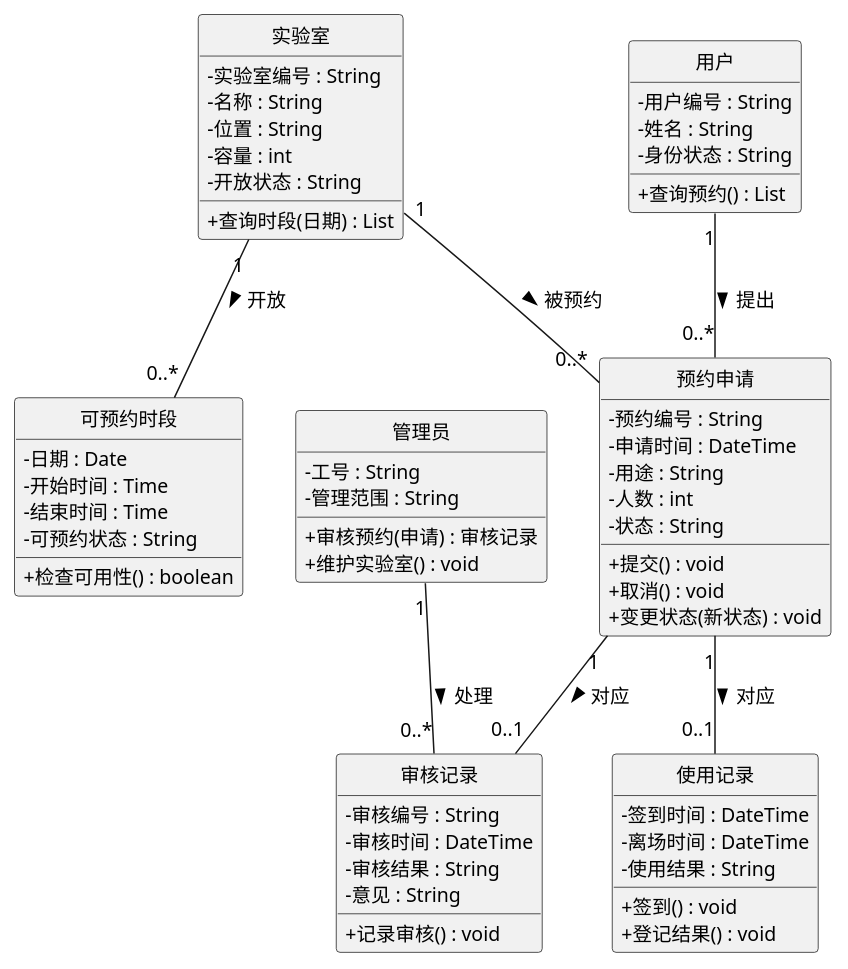
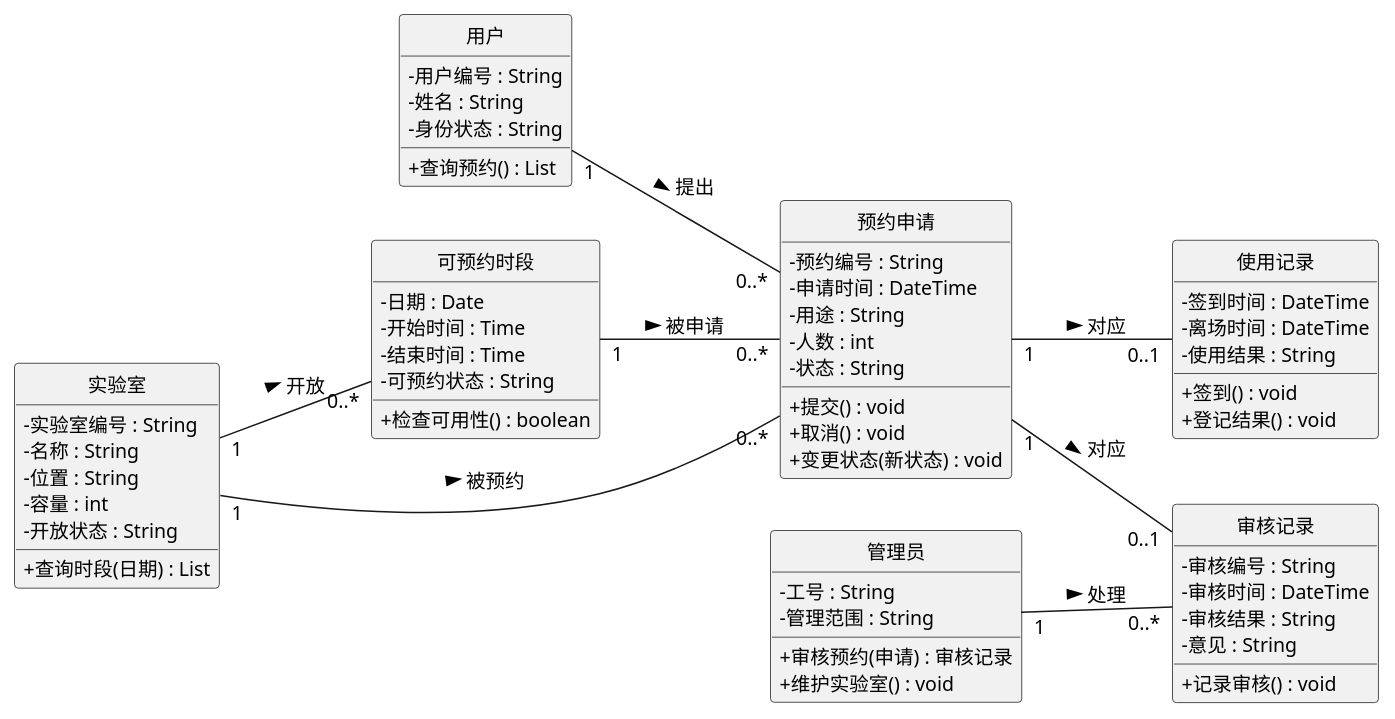
The diagram in diagrams/02_预约业务分析类图.puml (bhadaljf/32406300118), drawn with PlantUML before and after one commit. The commit also changed 6 other files, not shown here.

```diff
--- a/diagrams/02_预约业务分析类图.puml
+++ b/diagrams/02_预约业务分析类图.puml
@@ -1,73 +1,75 @@
 @startuml
 skinparam monochrome true
 skinparam shadowing false
 skinparam defaultFontName "Microsoft YaHei"
 skinparam defaultFontSize 13
 skinparam classAttributeIconSize 0
+left to right direction
 hide circle
 
 class 用户 {
   - 用户编号 : String
   - 姓名 : String
   - 身份状态 : String
   + 查询预约() : List
 }
 
 class 管理员 {
   - 工号 : String
   - 管理范围 : String
   + 审核预约(申请) : 审核记录
   + 维护实验室() : void
 }
 
 class 实验室 {
   - 实验室编号 : String
   - 名称 : String
   - 位置 : String
   - 容量 : int
   - 开放状态 : String
   + 查询时段(日期) : List
 }
 
 class 可预约时段 {
   - 日期 : Date
   - 开始时间 : Time
   - 结束时间 : Time
   - 可预约状态 : String
   + 检查可用性() : boolean
 }
 
 class 预约申请 {
   - 预约编号 : String
   - 申请时间 : DateTime
   - 用途 : String
   - 人数 : int
   - 状态 : String
   + 提交() : void
   + 取消() : void
   + 变更状态(新状态) : void
 }
 
 class 审核记录 {
   - 审核编号 : String
   - 审核时间 : DateTime
   - 审核结果 : String
   - 意见 : String
   + 记录审核() : void
 }
 
 class 使用记录 {
   - 签到时间 : DateTime
   - 离场时间 : DateTime
   - 使用结果 : String
   + 签到() : void
   + 登记结果() : void
 }
 
 用户 "1" -- "0..*" 预约申请 : 提出 >
 实验室 "1" -- "0..*" 预约申请 : 被预约 >
 实验室 "1" -- "0..*" 可预约时段 : 开放 >
+可预约时段 "1" -- "0..*" 预约申请 : 被申请 >
 预约申请 "1" -- "0..1" 审核记录 : 对应 >
 预约申请 "1" -- "0..1" 使用记录 : 对应 >
 管理员 "1" -- "0..*" 审核记录 : 处理 >
 @enduml
```
